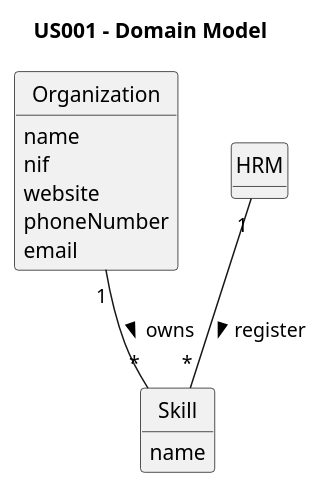
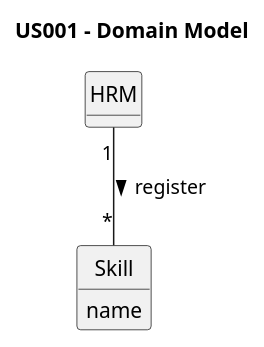
Before and after one commit to Rui-San/LAPR2_2023_2024: the diagram in docs/sprintB/us001/02.analysis/puml/us001-domain-model.puml, drawn with PlantUML. The commit also changed 3 other files, not shown here.

```diff
--- a/docs/sprintB/us001/02.analysis/puml/us001-domain-model.puml
+++ b/docs/sprintB/us001/02.analysis/puml/us001-domain-model.puml
@@ -1,33 +1,25 @@
 @startuml
 skinparam monochrome true
 skinparam packageStyle rectangle
 skinparam shadowing false
 'left to right direction
 skinparam classAttributeIconSize 0
 
 hide circle
 hide methods
 
 title US001 - Domain Model
 
-class Organization {
-    name
-    nif
-    website
-    phoneNumber
-    email
-}
 
 class Skill{
     name
 
 }
 
 class HRM{
 
 }
 
-Organization "1" -- "*" Skill : "owns >"
 HRM "1" -- "*" Skill : "register >"
 
 @enduml
```
